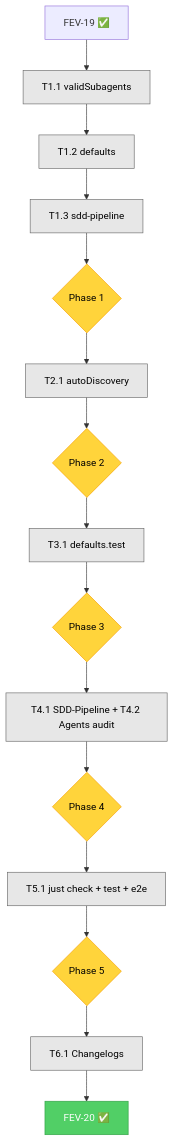
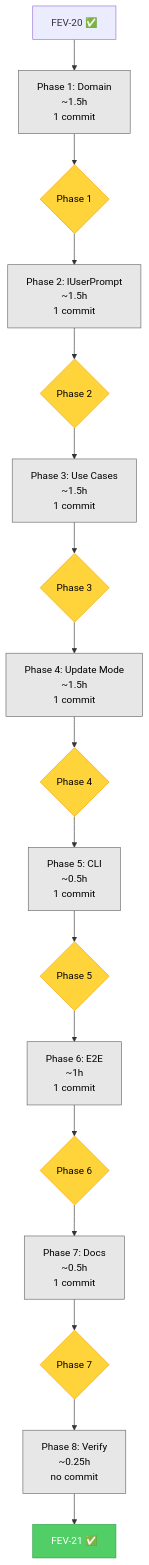
One commit to Fisherk2/codice-opencode changed the diagram in tasks/todo.md. Above: the diagram before and after it, drawn with Mermaid. The commit also changed other lines of this file and 1 other file, not shown here.

First line of the commit message:
docs(plan): FEV-21 implementation plan and todo checklist (Installer UX v2)

````diff
--- a/tasks/todo.md
+++ b/tasks/todo.md
@@ -271,22 +380,24 @@
 ```mermaid
 graph TD
-    F19[FEV-19 ✅] --> T11
-    T11[T1.1 validSubagents]:::seq --> T12
-    T12[T1.2 defaults]:::seq --> T13
-    T13[T1.3 sdd-pipeline]:::seq --> CP1
-    CP1{Phase 1}:::gate --> T21
-    T21[T2.1 autoDiscovery]:::seq --> CP2
-    CP2{Phase 2}:::gate --> T31
-    T31[T3.1 defaults.test]:::seq --> CP3
-    CP3{Phase 3}:::gate --> T41
-    T41[T4.1 SDD-Pipeline + T4.2 Agents audit]:::seq --> CP4
-    CP4{Phase 4}:::gate --> T51
-    T51[T5.1 just check + test + e2e]:::seq --> CP5
-    CP5{Phase 5}:::gate --> T61
-    T61[T6.1 Changelogs]:::seq --> DONE
-    DONE[FEV-20 ✅]:::done
+    F20[FEV-20 ✅] --> P1
+    P1[Phase 1: Domain<br/>~1.5h<br/>1 commit]:::seq --> CP1
+    CP1{Phase 1}:::gate --> P2
+    P2[Phase 2: IUserPrompt<br/>~1.5h<br/>1 commit]:::seq --> CP2
+    CP2{Phase 2}:::gate --> P3
+    P3[Phase 3: Use Cases<br/>~1.5h<br/>1 commit]:::seq --> CP3
+    CP3{Phase 3}:::gate --> P4
+    P4[Phase 4: Update Mode<br/>~1.5h<br/>1 commit]:::seq --> CP4
+    CP4{Phase 4}:::gate --> P5
+    P5[Phase 5: CLI<br/>~0.5h<br/>1 commit]:::seq --> CP5
+    CP5{Phase 5}:::gate --> P6
+    P6[Phase 6: E2E<br/>~1h<br/>1 commit]:::seq --> CP6
+    CP6{Phase 6}:::gate --> P7
+    P7[Phase 7: Docs<br/>~0.5h<br/>1 commit]:::seq --> CP7
+    CP7{Phase 7}:::gate --> V
+    V[Phase 8: Verify<br/>~0.25h<br/>no commit]:::seq --> DONE
+    DONE[FEV-21 ✅]:::done
 
     classDef done fill:#51cf66,stroke:#2f9e44,color:#fff
     classDef gate fill:#ffd43b,stroke:#f59f00,color:#000
     classDef seq fill:#e7e7e7,stroke:#666,color:#000
 ```
````
